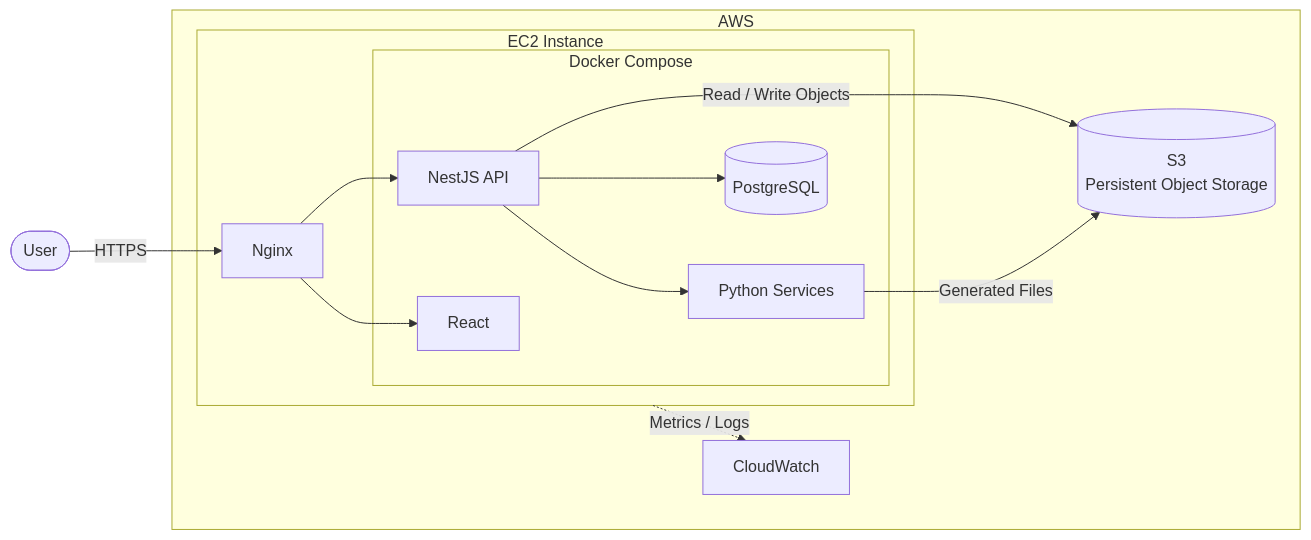
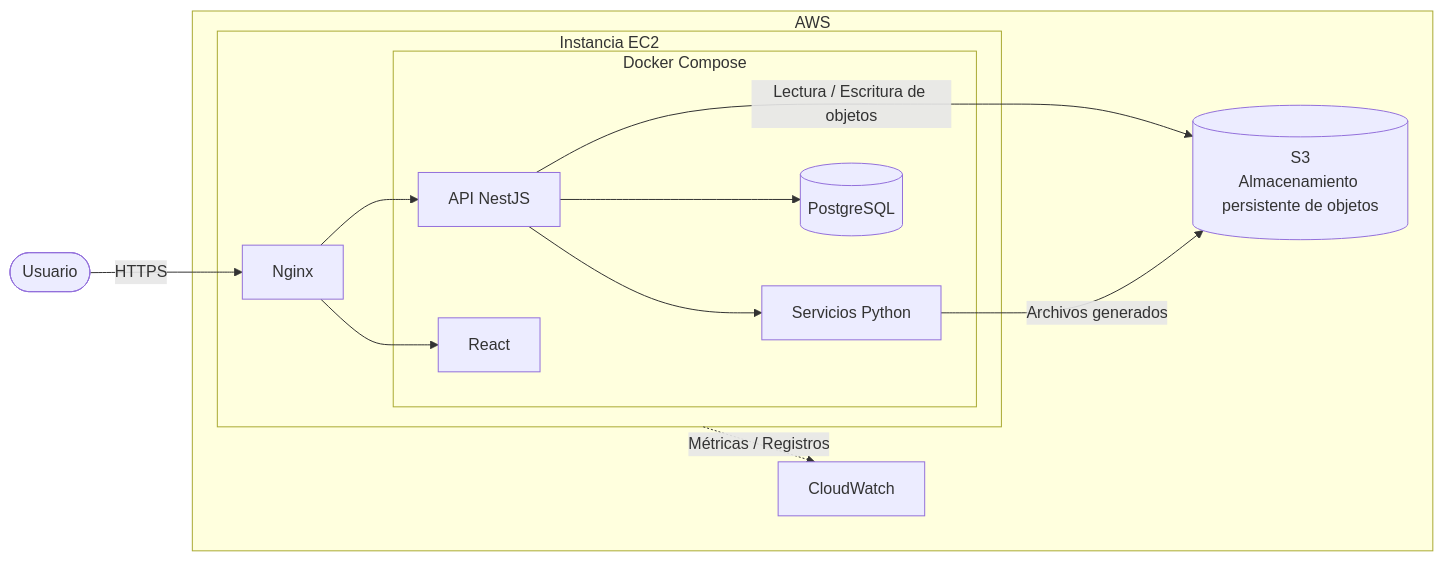
One commit to MateoCastro304/Sistema-De-Gestion-TC changed the third of 5 diagrams in docs/decisions/009-deploy-infrastructure.md. Above: the diagram before and after it, drawn with Mermaid. The commit also changed other lines of this file and 31 other files, not shown here.

````diff
--- a/docs/decisions/009-deploy-infrastructure.md
+++ b/docs/decisions/009-deploy-infrastructure.md
@@ -178,32 +178,32 @@
 ```mermaid
 flowchart LR
-    USER([User])
+    USER([Usuario])
 
     subgraph AWS["AWS"]
-        subgraph EC2["EC2 Instance"]
+        subgraph EC2["Instancia EC2"]
             NGINX["Nginx"]
 
             subgraph COMPOSE["Docker Compose"]
                 FRONT["React"]
-                API["NestJS API"]
-                PY["Python Services"]
+                API["API NestJS"]
+                PY["Servicios Python"]
                 DB[("PostgreSQL")]
             end
 
             NGINX --> FRONT
             NGINX --> API
             API --> DB
             API --> PY
         end
 
-        S3[("S3<br/>Persistent Object Storage")]
+        S3[("S3<br/>Almacenamiento persistente de objetos")]
         CW["CloudWatch"]
     end
 
     USER -->|HTTPS| NGINX
 
-    API -->|Read / Write Objects| S3
-    PY -->|Generated Files| S3
+    API -->|Lectura / Escritura de objetos| S3
+    PY -->|Archivos generados| S3
 
-    EC2 -.->|Metrics / Logs| CW
+    EC2 -.->|Métricas / Registros| CW
 ```
````
